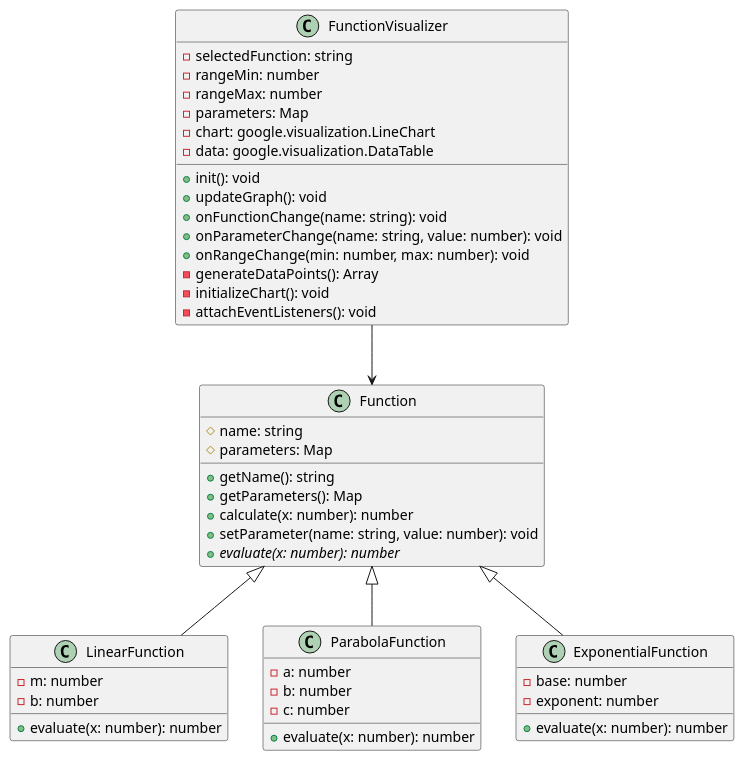
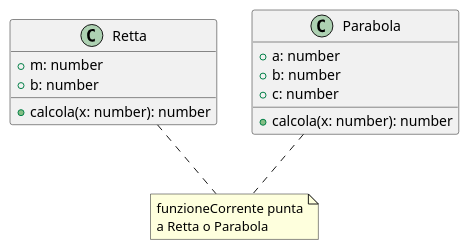
The diagram in functons/architecture.puml (bigBrodyG/DIYJavaScript), drawn with PlantUML before and after one commit. The commit also changed 2 other files, not shown here.

```diff
--- a/functons/architecture.puml
+++ b/functons/architecture.puml
@@ -1,54 +1,21 @@
-@startuml FunctionVisualizer
+@startuml VisualizzatoreFunzioni
 
-class FunctionVisualizer {
-  - selectedFunction: string
-  - rangeMin: number
-  - rangeMax: number
-  - parameters: Map
-  - chart: google.visualization.LineChart
-  - data: google.visualization.DataTable
-  + init(): void
-  + updateGraph(): void
-  + onFunctionChange(name: string): void
-  + onParameterChange(name: string, value: number): void
-  + onRangeChange(min: number, max: number): void
-  - generateDataPoints(): Array
-  - initializeChart(): void
-  - attachEventListeners(): void
+class Retta {
+  + m: number
+  + b: number
+  + calcola(x: number): number
 }
 
-class Function {
-  # name: string
-  # parameters: Map
-  + getName(): string
-  + getParameters(): Map
-  + calculate(x: number): number
-  + setParameter(name: string, value: number): void
-  {abstract} + evaluate(x: number): number
+class Parabola {
+  + a: number
+  + b: number
+  + c: number
+  + calcola(x: number): number
 }
 
-class LinearFunction {
-  - m: number
-  - b: number
-  + evaluate(x: number): number
-}
+note "funzioneCorrente punta\na Retta o Parabola" as N1
 
-class ParabolaFunction {
-  - a: number
-  - b: number
-  - c: number
-  + evaluate(x: number): number
-}
-
-class ExponentialFunction {
-  - base: number
-  - exponent: number
-  + evaluate(x: number): number
-}
-
-FunctionVisualizer --> Function
-Function <|-- LinearFunction
-Function <|-- ParabolaFunction
-Function <|-- ExponentialFunction
+Retta .. N1
+Parabola .. N1
 
 @enduml
```
